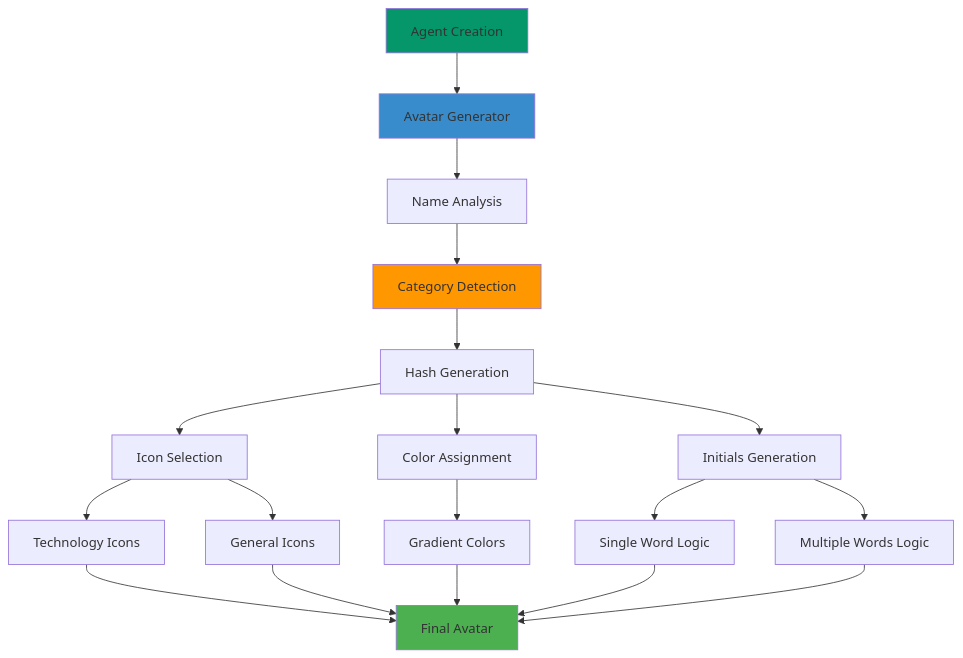
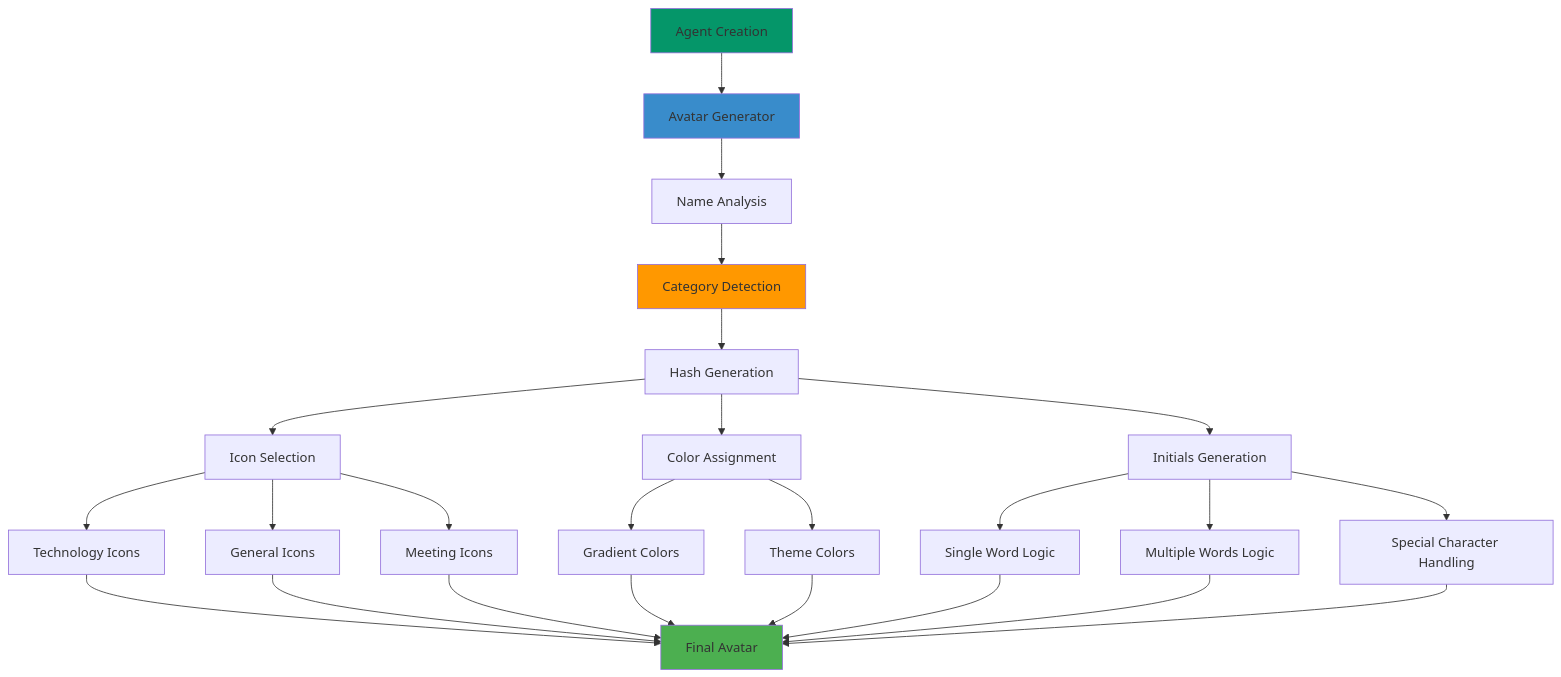
Before and after one commit to felipesanchez-dev/agentesia: the eighth of 14 diagrams in README.md, drawn with Mermaid. The commit also changed other lines of this file, not shown here.

Commit message:
docs: Update README.md with enhanced features, architecture diagrams, and improved documentation

````diff
--- a/README.md
+++ b/README.md
@@ -475,30 +659,36 @@
 ```mermaid
 graph TB
     A[Agent Creation] --> B[Avatar Generator]
     B --> C[Name Analysis]
     C --> D[Category Detection]
     D --> E[Hash Generation]
-    
+
     E --> F[Icon Selection]
     E --> G[Color Assignment]
     E --> H[Initials Generation]
-    
+
     F --> I[Technology Icons]
     F --> J[General Icons]
-    
-    G --> K[Gradient Colors]
-    
-    H --> L[Single Word Logic]
-    H --> M[Multiple Words Logic]
-    
-    I --> N[Final Avatar]
-    J --> N
-    K --> N
-    L --> N
-    M --> N
-    
+    F --> K[Meeting Icons]
+
+    G --> L[Gradient Colors]
+    G --> M[Theme Colors]
+
+    H --> N[Single Word Logic]
+    H --> O[Multiple Words Logic]
+    H --> P[Special Character Handling]
+
+    I --> Q[Final Avatar]
+    J --> Q
+    K --> Q
+    L --> Q
+    M --> Q
+    N --> Q
+    O --> Q
+    P --> Q
+
     style A fill:#059669
     style B fill:#398CCB
     style D fill:#ff9800
-    style N fill:#4caf50
+    style Q fill:#4caf50
 ```
````
